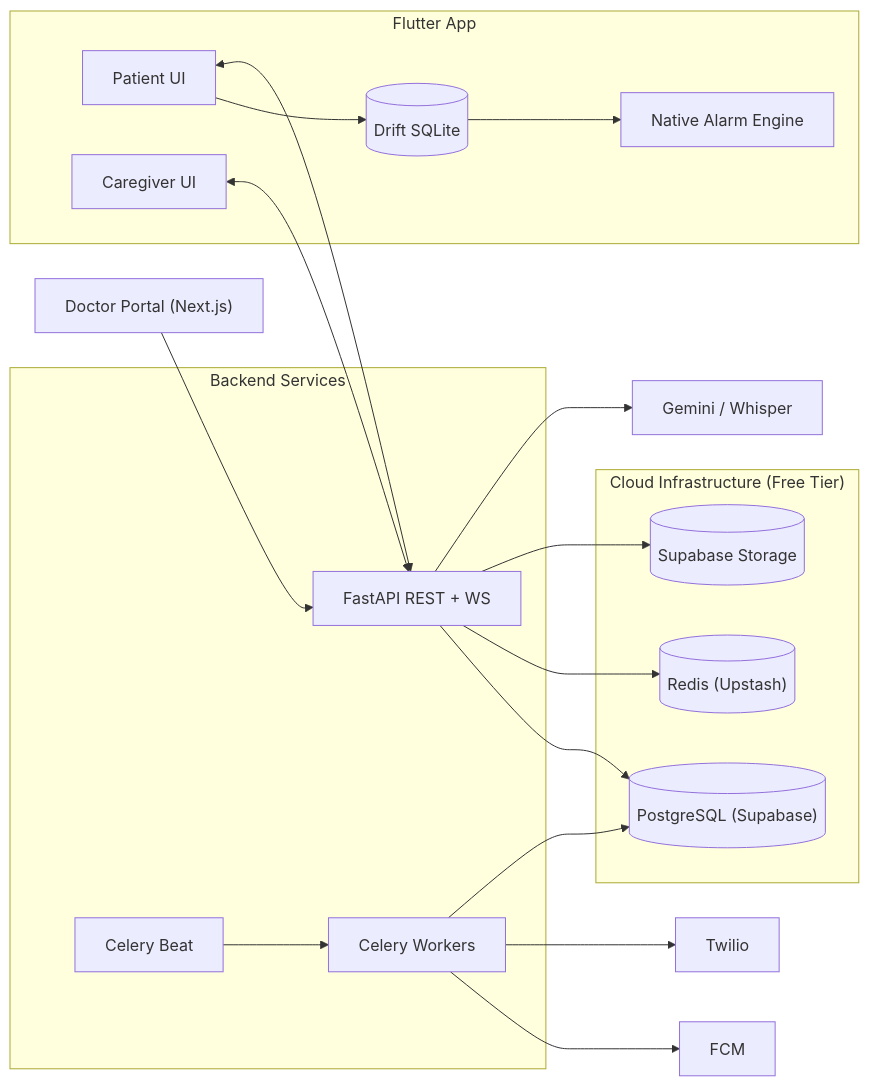
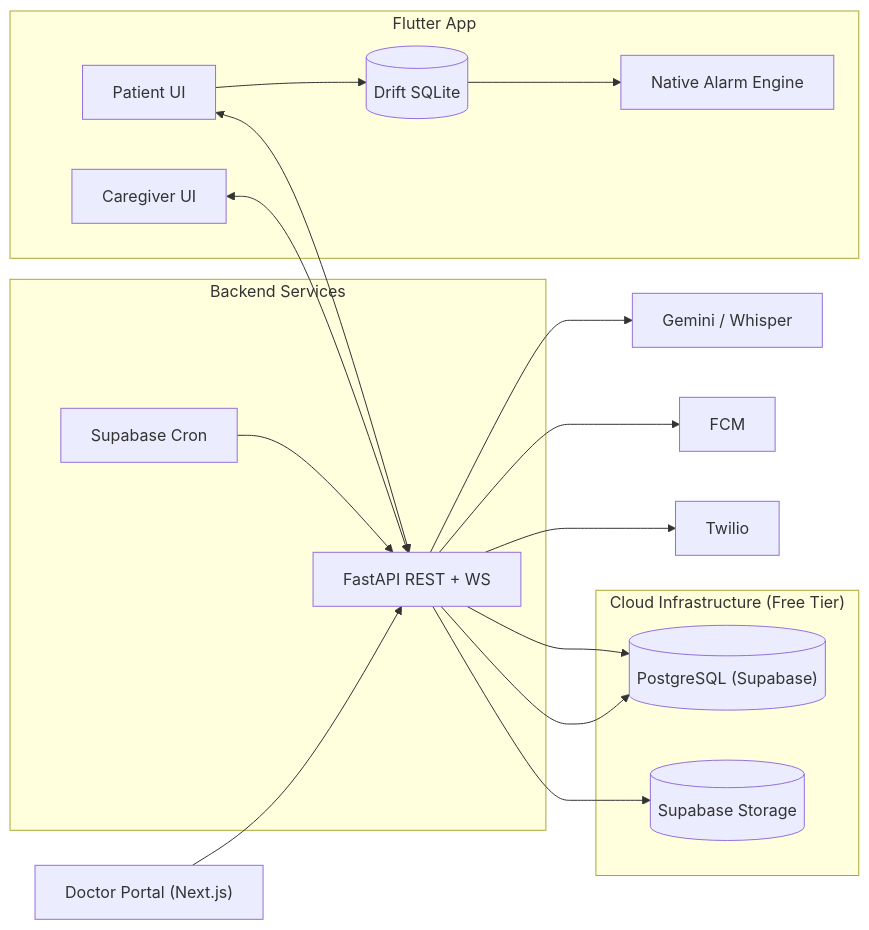
Before and after one commit to Youseefee/Medliva: the first of 3 diagrams in docs/MASTER_PLAN.md, drawn with Mermaid. The commit also changed other lines of this file and 77 other files, not shown here.

````diff
--- a/docs/MASTER_PLAN.md
+++ b/docs/MASTER_PLAN.md
@@ -101,35 +101,33 @@
 ```mermaid
 flowchart LR
   subgraph Mobile["Flutter App"]
     P["Patient UI"]
     C["Caregiver UI"]
     L[("Drift SQLite")]
     A["Native Alarm Engine"]
   end
   subgraph Server["Backend Services"]
     API["FastAPI REST + WS"]
-    W["Celery Workers"]
-    B["Celery Beat"]
+    CRON["Supabase Cron"]
   end
   subgraph Cloud["Cloud Infrastructure (Free Tier)"]
     PG[("PostgreSQL (Supabase)")]
-    R[("Redis (Upstash)")]
     S3[("Supabase Storage")]
   end
   AI["Gemini / Whisper"]
   FCM["FCM"]
   TW["Twilio"]
   DOC["Doctor Portal (Next.js)"]
 
   P --> L --> A
   P <--> API
   C <--> API
   API --> PG
-  API --> R
   API --> S3
   API --> AI
-  B --> W --> FCM
-  W --> TW
-  W --> PG
+  CRON --> API
+  API --> FCM
+  API --> TW
+  API --> PG
   DOC --> API
 ```
````
